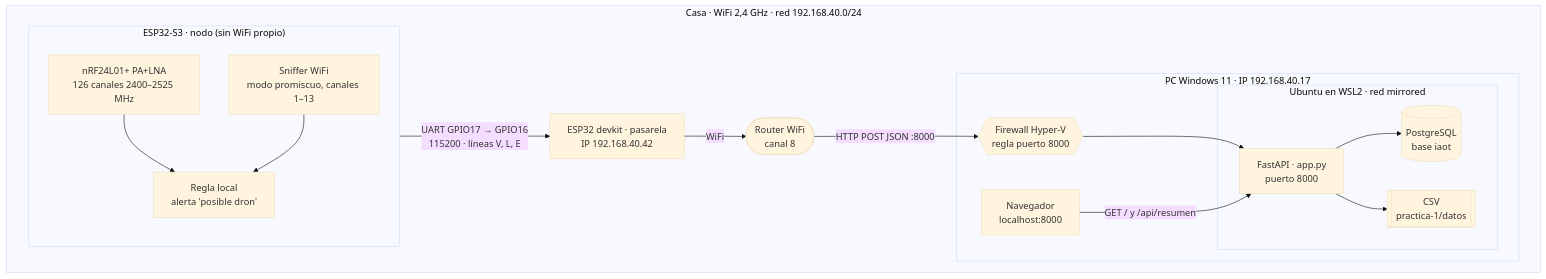
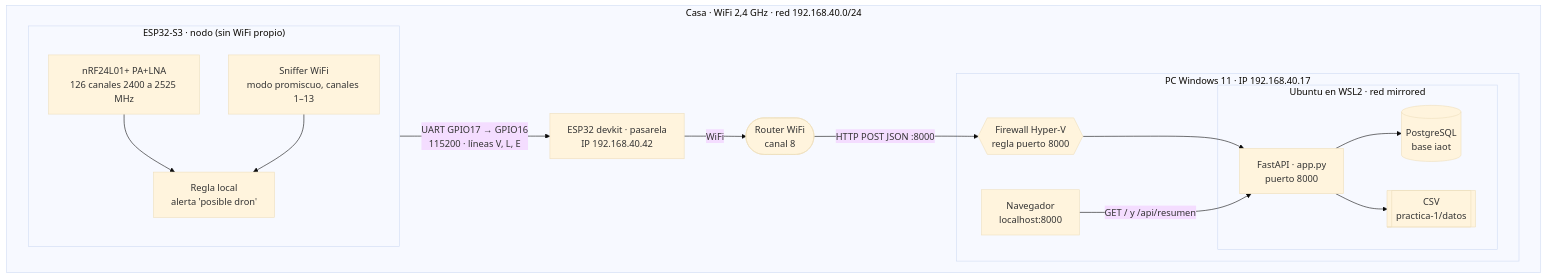
The first of 3 diagrams in practica-1/arquitectura.md (JCMelendezT/IAoT), drawn with Mermaid (base theme) before and after one commit. The commit also changed other lines of this file and 110 other files, not shown here.

````diff
--- a/practica-1/arquitectura.md
+++ b/practica-1/arquitectura.md
@@ -11,31 +11,31 @@
 ```mermaid
 flowchart LR
     subgraph casa["Casa · WiFi 2,4 GHz · red 192.168.40.0/24"]
         direction LR
         subgraph s3["ESP32-S3 · nodo (sin WiFi propio)"]
-            nrf["nRF24L01+ PA+LNA<br/>126 canales 2400–2525 MHz"]
+            nrf["nRF24L01+ PA+LNA<br/>126 canales 2400 a 2525 MHz"]
             snf["Sniffer WiFi<br/>modo promiscuo, canales 1–13"]
             regla["Regla local<br/>alerta 'posible dron'"]
             nrf --> regla
             snf --> regla
         end
         dk["ESP32 devkit · pasarela<br/>IP 192.168.40.42"]
         router(["Router WiFi<br/>canal 8"])
         subgraph pc["PC Windows 11 · IP 192.168.40.17"]
             fw{{"Firewall Hyper-V<br/>regla puerto 8000"}}
             subgraph wsl["Ubuntu en WSL2 · red mirrored"]
                 api["FastAPI · app.py<br/>puerto 8000"]
                 pg[("PostgreSQL<br/>base iaot")]
                 csv[["CSV<br/>practica-1/datos"]]
             end
             nav["Navegador<br/>localhost:8000"]
         end
     end
     s3 -- "UART GPIO17 → GPIO16<br/>115200 · líneas V, L, E" --> dk
     dk -- "WiFi" --> router
     router -- "HTTP POST JSON :8000" --> fw
     fw --> api
     api --> pg
     api --> csv
     nav -- "GET / y /api/resumen" --> api
 ```
````
